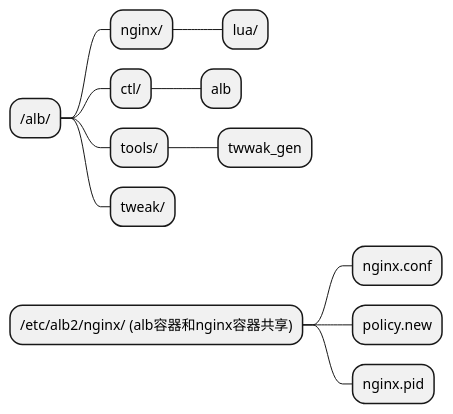
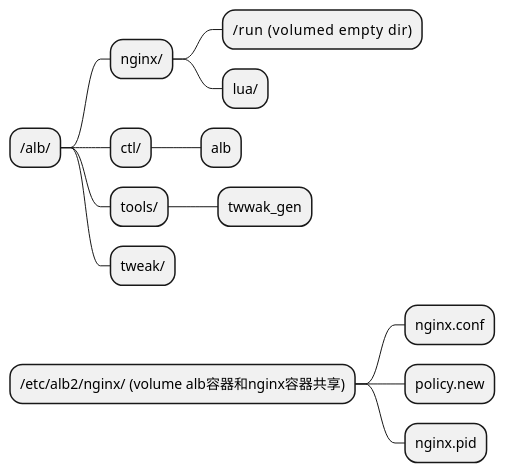
One commit to alauda/alb changed the second of 2 diagrams in README.md. Above: the diagram before and after it, drawn with PlantUML. The commit also changed other lines of this file and 248 other files, not shown here.

````diff
--- a/README.md
+++ b/README.md
@@ -47,16 +36,17 @@
 ```plantuml
 @startmindmap
 * /alb/
 ** nginx/
+*** /run     (volumed empty dir)
 *** lua/
 ** ctl/
 *** alb
 ** tools/
 *** twwak_gen
 ** tweak/
-* /etc/alb2/nginx/ (alb容器和nginx容器共享)
+* /etc/alb2/nginx/ (volume alb容器和nginx容器共享)
 ** nginx.conf
 ** policy.new
 ** nginx.pid
 @endmindmap
 ```
````
